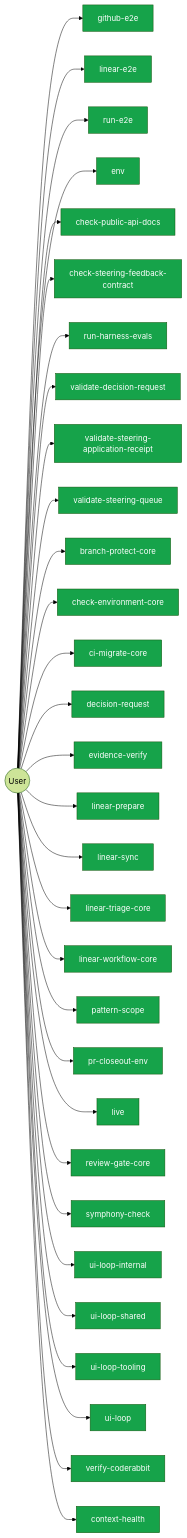
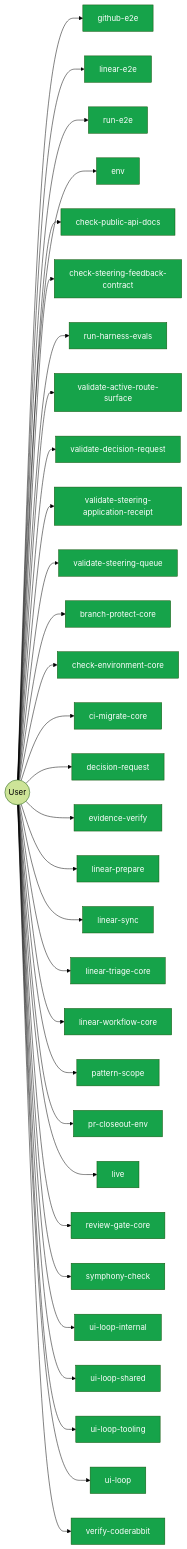
One commit to jscraik/coding-harness changed diagram 14 of 14 in AI/context/diagram-context.md. Above: the diagram before and after it, drawn with Mermaid (forest theme). The commit also changed other lines of this file and 82 other files, not shown here.

````diff
--- a/AI/context/diagram-context.md
+++ b/AI/context/diagram-context.md
@@ -1655,67 +1670,67 @@
 ```mermaid
 flowchart LR
   User(("User"))
   github_e2e_2891a341["github-e2e"]
   User --> github_e2e_2891a341
   linear_e2e_decf3708["linear-e2e"]
   User --> linear_e2e_decf3708
   run_e2e_39efe696["run-e2e"]
   User --> run_e2e_39efe696
   env_b77349bf["env"]
   User --> env_b77349bf
   check_public_api_docs_a9604f1b["check-public-api-docs"]
   User --> check_public_api_docs_a9604f1b
   check_steering_feedback_contract_80134459["check-steering-feedback-contract"]
   User --> check_steering_feedback_contract_80134459
   run_harness_evals_77704768["run-harness-evals"]
   User --> run_harness_evals_77704768
+  validate_active_route_surface_905456c2["validate-active-route-surface"]
+  User --> validate_active_route_surface_905456c2
   validate_decision_request_2e5c325e["validate-decision-request"]
   User --> validate_decision_request_2e5c325e
   validate_steering_application_receipt_c922e84a["validate-steering-application-receipt"]
   User --> validate_steering_application_receipt_c922e84a
   validate_steering_queue_4bc0cc94["validate-steering-queue"]
   User --> validate_steering_queue_4bc0cc94
   branch_protect_core_a8feb0fd["branch-protect-core"]
   User --> branch_protect_core_a8feb0fd
   check_environment_core_2c16213f["check-environment-core"]
   User --> check_environment_core_2c16213f
   ci_migrate_core_7005b5af["ci-migrate-core"]
   User --> ci_migrate_core_7005b5af
   decision_request_118a770d["decision-request"]
   User --> decision_request_118a770d
   evidence_verify_3b73c290["evidence-verify"]
   User --> evidence_verify_3b73c290
   linear_prepare_0c613ba6["linear-prepare"]
   User --> linear_prepare_0c613ba6
   linear_sync_a2fa2bf7["linear-sync"]
   User --> linear_sync_a2fa2bf7
   linear_triage_core_7cbca73e["linear-triage-core"]
   User --> linear_triage_core_7cbca73e
   linear_workflow_core_0e19cff4["linear-workflow-core"]
   User --> linear_workflow_core_0e19cff4
   pattern_scope_61ff946d["pattern-scope"]
   User --> pattern_scope_61ff946d
   pr_closeout_env_9bfcd9ef["pr-closeout-env"]
   User --> pr_closeout_env_9bfcd9ef
   live_247610f4["live"]
   User --> live_247610f4
   review_gate_core_4c8001f9["review-gate-core"]
   User --> review_gate_core_4c8001f9
   symphony_check_e97f2ea0["symphony-check"]
   User --> symphony_check_e97f2ea0
   ui_loop_internal_f2eb8892["ui-loop-internal"]
   User --> ui_loop_internal_f2eb8892
   ui_loop_shared_8c83b841["ui-loop-shared"]
   User --> ui_loop_shared_8c83b841
   ui_loop_tooling_12b2d2c7["ui-loop-tooling"]
   User --> ui_loop_tooling_12b2d2c7
   ui_loop_11660889["ui-loop"]
   User --> ui_loop_11660889
   verify_coderabbit_490b4e71["verify-coderabbit"]
   User --> verify_coderabbit_490b4e71
-  context_health_1_ceb11829["context-health"]
-  User --> context_health_1_ceb11829
   classDef userNode fill:#16a34a,color:#fff
-  class github_e2e_2891a341,linear_e2e_decf3708,run_e2e_39efe696,env_b77349bf,check_public_api_docs_a9604f1b,check_steering_feedback_contract_80134459,run_harness_evals_77704768,validate_decision_request_2e5c325e,validate_steering_application_receipt_c922e84a,validate_steering_queue_4bc0cc94,branch_protect_core_a8feb0fd,check_environment_core_2c16213f,ci_migrate_core_7005b5af,decision_request_118a770d,evidence_verify_3b73c290,linear_prepare_0c613ba6,linear_sync_a2fa2bf7,linear_triage_core_7cbca73e,linear_workflow_core_0e19cff4,pattern_scope_61ff946d,pr_closeout_env_9bfcd9ef,live_247610f4,review_gate_core_4c8001f9,symphony_check_e97f2ea0,ui_loop_internal_f2eb8892,ui_loop_shared_8c83b841,ui_loop_tooling_12b2d2c7,ui_loop_11660889,verify_coderabbit_490b4e71,context_health_1_ceb11829 userNode
+  class github_e2e_2891a341,linear_e2e_decf3708,run_e2e_39efe696,env_b77349bf,check_public_api_docs_a9604f1b,check_steering_feedback_contract_80134459,run_harness_evals_77704768,validate_active_route_surface_905456c2,validate_decision_request_2e5c325e,validate_steering_application_receipt_c922e84a,validate_steering_queue_4bc0cc94,branch_protect_core_a8feb0fd,check_environment_core_2c16213f,ci_migrate_core_7005b5af,decision_request_118a770d,evidence_verify_3b73c290,linear_prepare_0c613ba6,linear_sync_a2fa2bf7,linear_triage_core_7cbca73e,linear_workflow_core_0e19cff4,pattern_scope_61ff946d,pr_closeout_env_9bfcd9ef,live_247610f4,review_gate_core_4c8001f9,symphony_check_e97f2ea0,ui_loop_internal_f2eb8892,ui_loop_shared_8c83b841,ui_loop_tooling_12b2d2c7,ui_loop_11660889,verify_coderabbit_490b4e71 userNode
 
 ```
````
